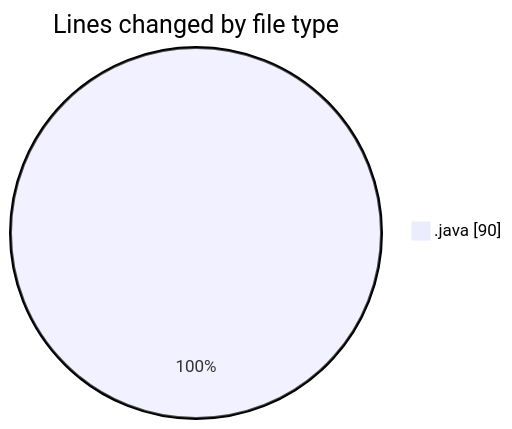
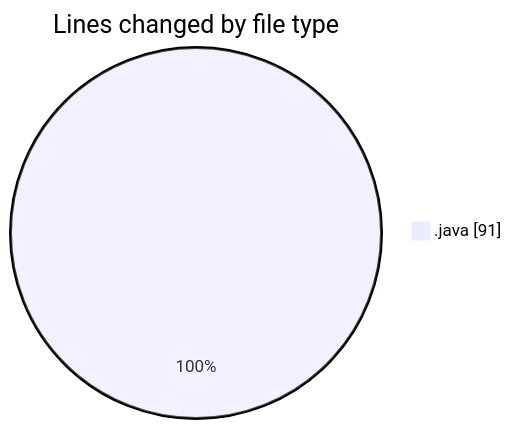
The first of 2 diagrams in 2025-02-05/coding_prac/README.md (NitaiMahat/code-tracking), drawn with Mermaid before and after one commit. The commit also changed other lines of this file and 1 other file, not shown here.

````diff
--- a/2025-02-05/coding_prac/README.md
+++ b/2025-02-05/coding_prac/README.md
@@ -24,5 +24,5 @@
 ```mermaid
 pie showData
 title Lines changed by file type
-".java" : 90
+".java" : 91
 ```
````
